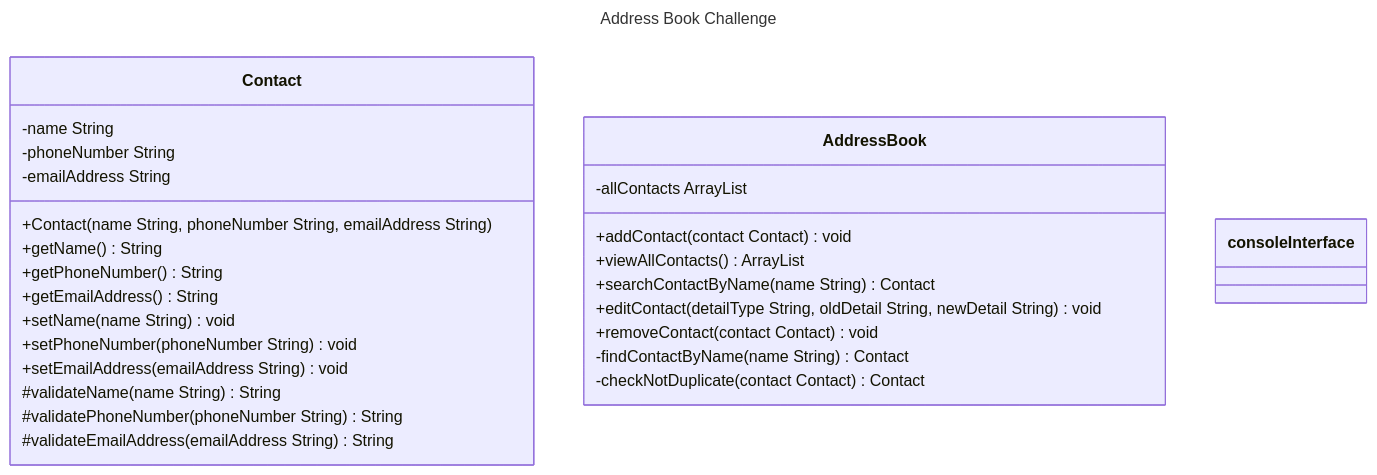
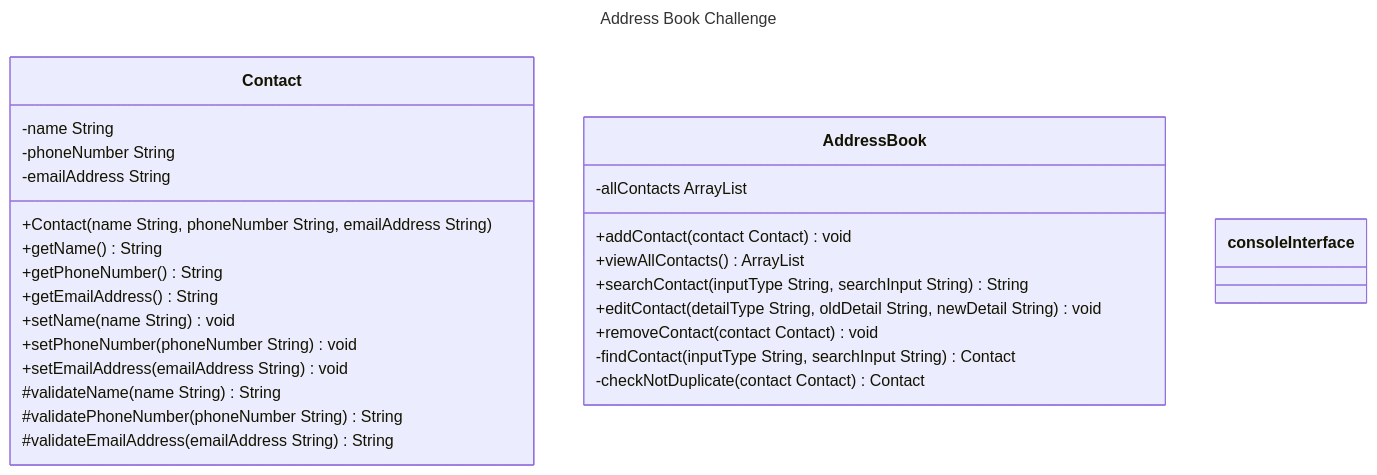
The diagram in docs/class-diagrams-test-plan.md (kristy-lam/df-challenge-3-address-book), drawn with Mermaid before and after one commit. The commit also changed other lines of this file and 3 other files, not shown here.

````diff
--- a/docs/class-diagrams-test-plan.md
+++ b/docs/class-diagrams-test-plan.md
@@ -11,36 +11,36 @@
 ```mermaid
 ---
 title: Address Book Challenge
 ---
 classDiagram
     class Contact {
         -name String
         -phoneNumber String
         -emailAddress String
         +Contact(name String, phoneNumber String, emailAddress String)
         +getName() String
         +getPhoneNumber() String
         +getEmailAddress() String
         +setName(name String) void
         +setPhoneNumber(phoneNumber String) void
         +setEmailAddress(emailAddress String) void
         #validateName(name String) String
         #validatePhoneNumber(phoneNumber String) String
         #validateEmailAddress(emailAddress String) String
     }
     class AddressBook {   
         -allContacts ArrayList
         +addContact(contact Contact) void
         +viewAllContacts() ArrayList
-        +searchContactByName(name String) Contact
+        +searchContact(inputType String, searchInput String) String
         +editContact(detailType String, oldDetail String, newDetail String) void
         +removeContact(contact Contact) void
-        -findContactByName(name String) Contact
+        -findContact(inputType String, searchInput String) Contact
         -checkNotDuplicate(contact Contact) Contact
     }
     class consoleInterface {
         
         
     }
 
 ```
````
